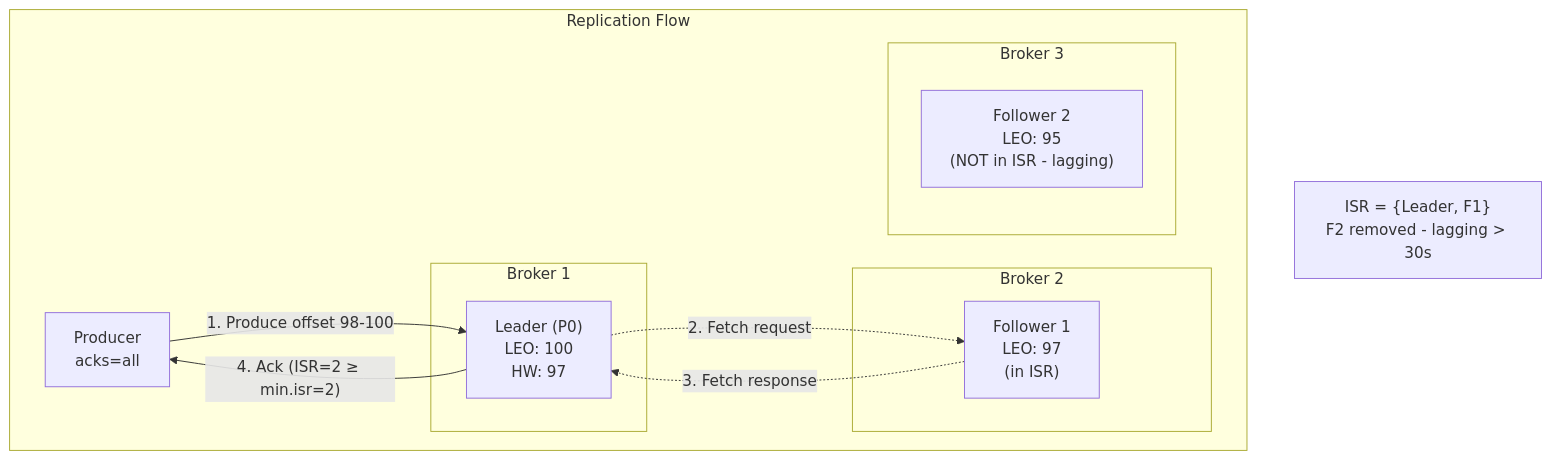
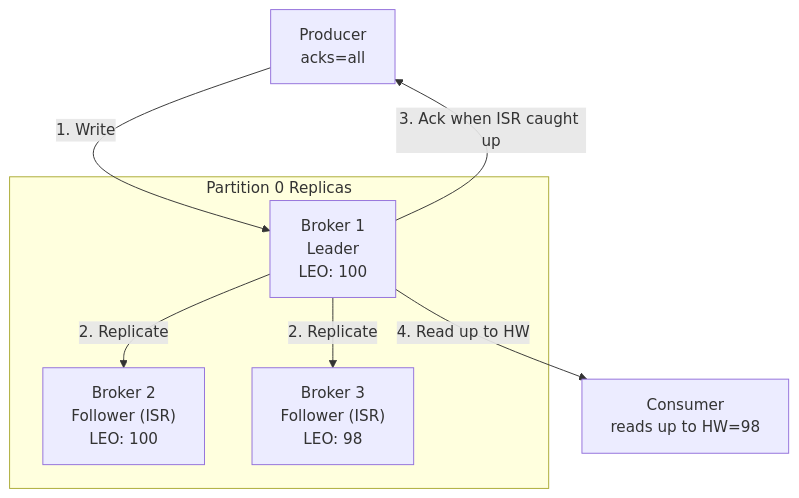
One commit to ae-lexs/system_design changed the fifth of 8 diagrams in DD_KAFKA_ARCHITECTURE.md. Above: the diagram before and after it, drawn with Mermaid. The commit also changed other lines of this file and 23 other files, not shown here.

````diff
--- a/DD_KAFKA_ARCHITECTURE.md
+++ b/DD_KAFKA_ARCHITECTURE.md
@@ -993,25 +459,18 @@
 ```mermaid
 flowchart TB
-    subgraph "Replication Flow"
-        PROD["Producer<br/>acks=all"]
+    PRODUCER["Producer<br/>acks=all"]
 
-        subgraph "Broker 1"
-            L["Leader (P0)<br/>LEO: 100<br/>HW: 97"]
-        end
-
-        subgraph "Broker 2"
-            F1["Follower 1<br/>LEO: 97<br/>(in ISR)"]
-        end
-
-        subgraph "Broker 3"
-            F2["Follower 2<br/>LEO: 95<br/>(NOT in ISR - lagging)"]
-        end
+    subgraph "Partition 0 Replicas"
+        LEADER["Broker 1<br/>Leader<br/>LEO: 100"]
+        F1["Broker 2<br/>Follower (ISR)<br/>LEO: 100"]
+        F2["Broker 3<br/>Follower (ISR)<br/>LEO: 98"]
     end
 
-    PROD -->|"1. Produce offset 98-100"| L
-    L -.->|"2. Fetch request"| F1
-    F1 -.->|"3. Fetch response"| L
-    L -->|"4. Ack (ISR=2 ≥ min.isr=2)"| PROD
+    CONSUMER["Consumer<br/>reads up to HW=98"]
 
-    NOTE["ISR = {Leader, F1}<br/>F2 removed - lagging > 30s"]
+    PRODUCER -->|"1. Write"| LEADER
+    LEADER -->|"2. Replicate"| F1
+    LEADER -->|"2. Replicate"| F2
+    LEADER -->|"3. Ack when ISR caught up"| PRODUCER
+    LEADER -->|"4. Read up to HW"| CONSUMER
 ```
````
